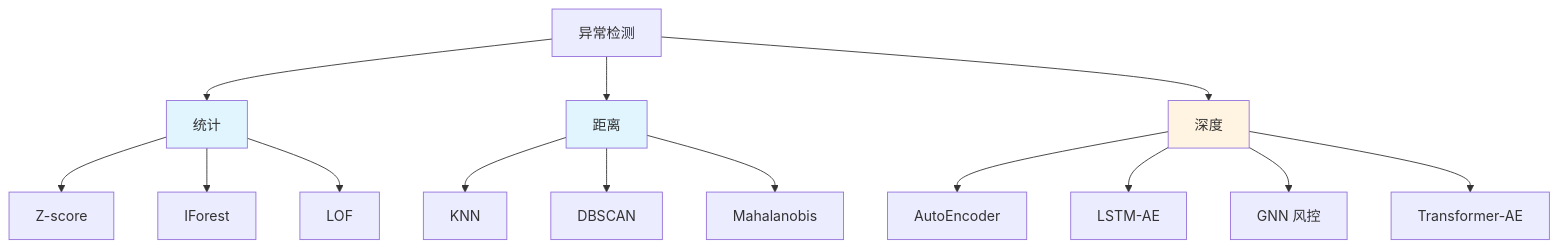
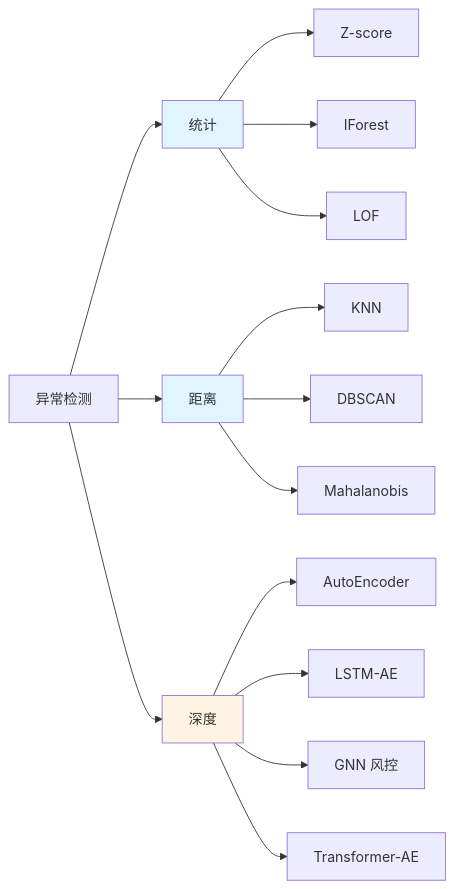
Before and after one commit to godlockin/maths-cs-ai-compendium: the fourth of 6 diagrams in zh/教辅/信息图/第25章.md, drawn with Mermaid. The commit also changed 12 other files, not shown here.

First line of the commit message:
jiaofu: 信息图 13 章内容修正

````diff
--- a/zh/教辅/信息图/第25章.md
+++ b/zh/教辅/信息图/第25章.md
@@ -82,24 +82,24 @@
 ```mermaid
-flowchart TB
+flowchart LR
   A[异常检测] --> ST[统计]
   A --> DS[距离]
   A --> DP[深度]
 
   ST --> ST1[Z-score]
   ST --> ST2[IForest]
   ST --> ST3[LOF]
 
   DS --> DS1[KNN]
   DS --> DS2[DBSCAN]
   DS --> DS3[Mahalanobis]
 
   DP --> DP1[AutoEncoder]
   DP --> DP2[LSTM-AE]
   DP --> DP3[GNN 风控]
   DP --> DP4[Transformer-AE]
 
   classDef base fill:#e1f5ff
   classDef adv fill:#fff4e1
   class ST,DS base
   class DP adv
 ```
````
